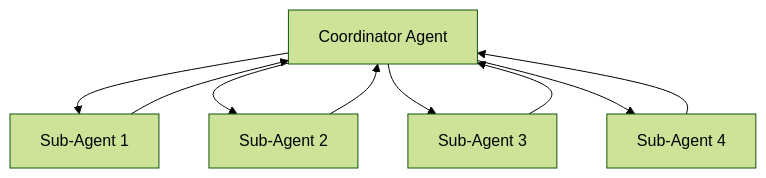
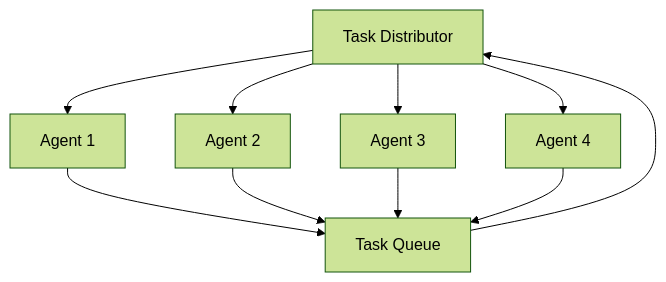
Before and after one commit to kyegomez/swarms: the fifth of 23 diagrams in docs/swarms/concept/swarm_architectures.md, drawn with Mermaid (forest theme). The commit also changed other lines of this file, not shown here.

Commit message:
what are multi agent architectures?

````diff
--- a/docs/swarms/concept/swarm_architectures.md
+++ b/docs/swarms/concept/swarm_architectures.md
@@ -118,11 +186,12 @@
 ```mermaid
 graph TD
-    A[Coordinator Agent] --> B1[Sub-Agent 1]
-    A --> B2[Sub-Agent 2]
-    A --> B3[Sub-Agent 3]
-    A --> B4[Sub-Agent 4]
-    B1 --> A
-    B2 --> A
-    B3 --> A
-    B4 --> A
+    A[Task Distributor] --> B1[Agent 1]
+    A --> B2[Agent 2]
+    A --> B3[Agent 3]
+    A --> B4[Agent 4]
+    B1 --> C[Task Queue]
+    B2 --> C
+    B3 --> C
+    B4 --> C
+    C --> A
 ```
````
